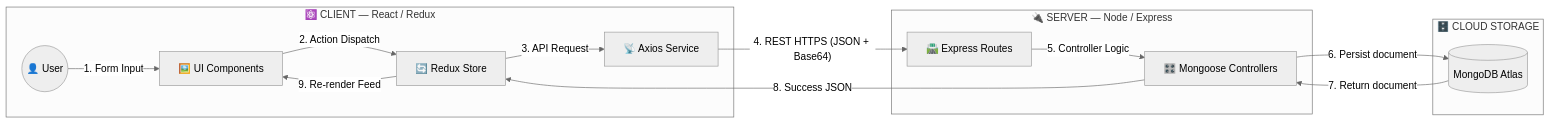
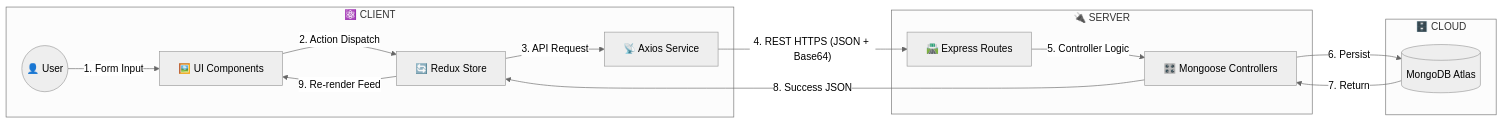
One commit to salonyranjan/Rewind changed the second of 3 diagrams in README.md. Above: the diagram before and after it, drawn with Mermaid (neutral theme). The commit also changed other lines of this file, not shown here.

````diff
--- a/README.md
+++ b/README.md
@@ -233,21 +168,21 @@
 ```mermaid
 graph LR
-    subgraph Client_Side ["⚛️ CLIENT — React / Redux"]
+    subgraph Client_Side ["⚛️ CLIENT"]
         U((👤 User)) -- "1. Form Input" --> UI[🖼️ UI Components]
         UI -- "2. Action Dispatch" --> RD[🔄 Redux Store]
         RD -- "3. API Request" --> AX[📡 Axios Service]
     end
 
-    subgraph Server_Side ["🔌 SERVER — Node / Express"]
+    subgraph Server_Side ["🔌 SERVER"]
         AX -- "4. REST HTTPS (JSON + Base64)" --> RT[🛣️ Express Routes]
         RT -- "5. Controller Logic" --> CT[🎛️ Mongoose Controllers]
     end
 
-    subgraph Storage ["🗄️ CLOUD STORAGE"]
-        CT -- "6. Persist document" --> DB[(MongoDB Atlas)]
-        DB -- "7. Return document" --> CT
+    subgraph Storage ["🗄️ CLOUD"]
+        CT -- "6. Persist" --> DB[(MongoDB Atlas)]
+        DB -- "7. Return" --> CT
     end
 
     CT -- "8. Success JSON" --> RD
     RD -- "9. Re-render Feed" --> UI
 ```
````
